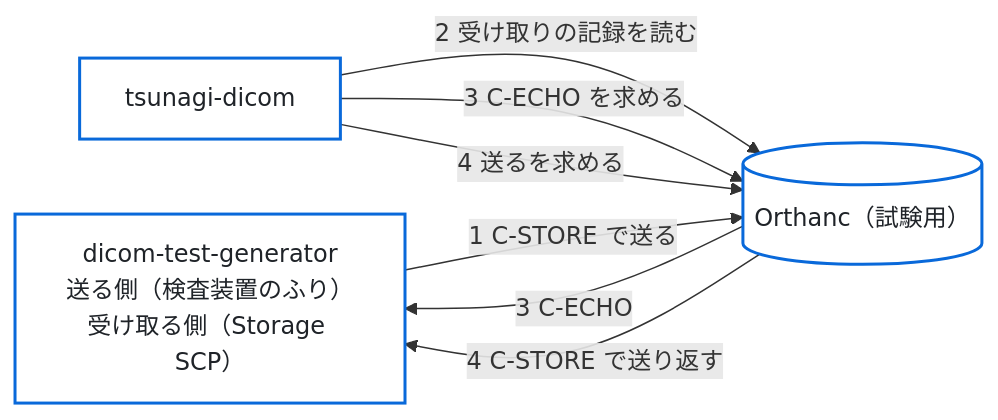
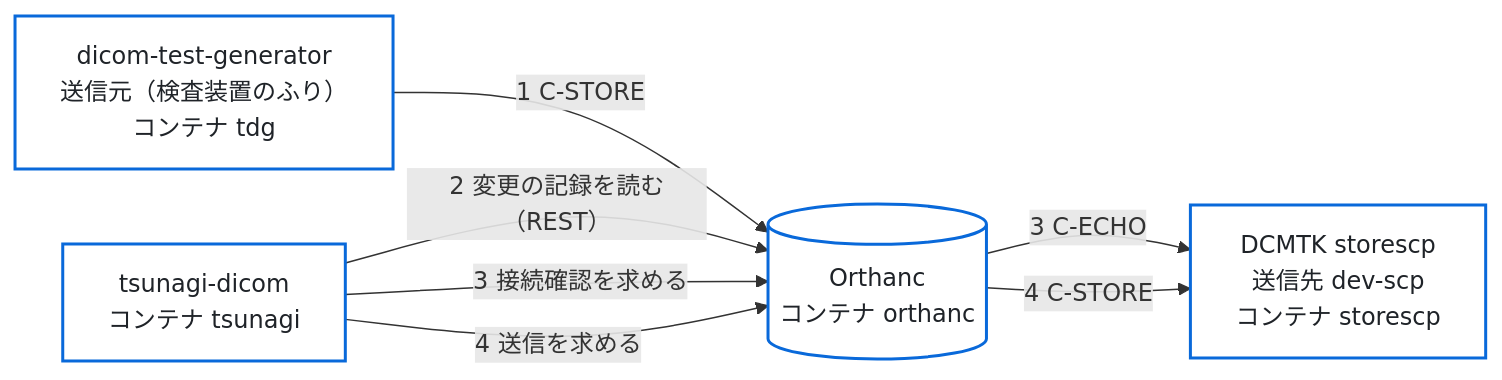
The diagram in docs/round-trip-test.md (jeysunit/tsunagi-dicom), drawn with Mermaid before and after one commit. The commit also changed other lines of this file and 5 other files, not shown here.

````diff
--- a/docs/round-trip-test.md
+++ b/docs/round-trip-test.md
@@ -10,15 +15,16 @@
 ```mermaid
 flowchart LR
   classDef box fill:#ffffff,stroke:#0969da,stroke-width:2px,color:#1f2328
 
-  DTG["dicom-test-generator<br/>送る側（検査装置のふり）<br/>受け取る側（Storage SCP）"]:::box
-  OR[("Orthanc（試験用）")]:::box
-  TD["tsunagi-dicom"]:::box
+  DTG["dicom-test-generator<br/>送信元（検査装置のふり）<br/>コンテナ tdg"]:::box
+  OR[("Orthanc<br/>コンテナ orthanc")]:::box
+  TD["tsunagi-dicom<br/>コンテナ tsunagi"]:::box
+  SCP["DCMTK storescp<br/>送信先 dev-scp<br/>コンテナ storescp"]:::box
 
-  DTG -->|"1 C-STORE で送る"| OR
-  TD -->|"2 受け取りの記録を読む"| OR
-  TD -->|"3 C-ECHO を求める"| OR
-  OR -->|"3 C-ECHO"| DTG
-  TD -->|"4 送るを求める"| OR
-  OR -->|"4 C-STORE で送り返す"| DTG
+  DTG -->|"1 C-STORE"| OR
+  TD -->|"2 変更の記録を読む（REST）"| OR
+  TD -->|"3 接続確認を求める"| OR
+  OR -->|"3 C-ECHO"| SCP
+  TD -->|"4 送信を求める"| OR
+  OR -->|"4 C-STORE"| SCP
 ```
````
